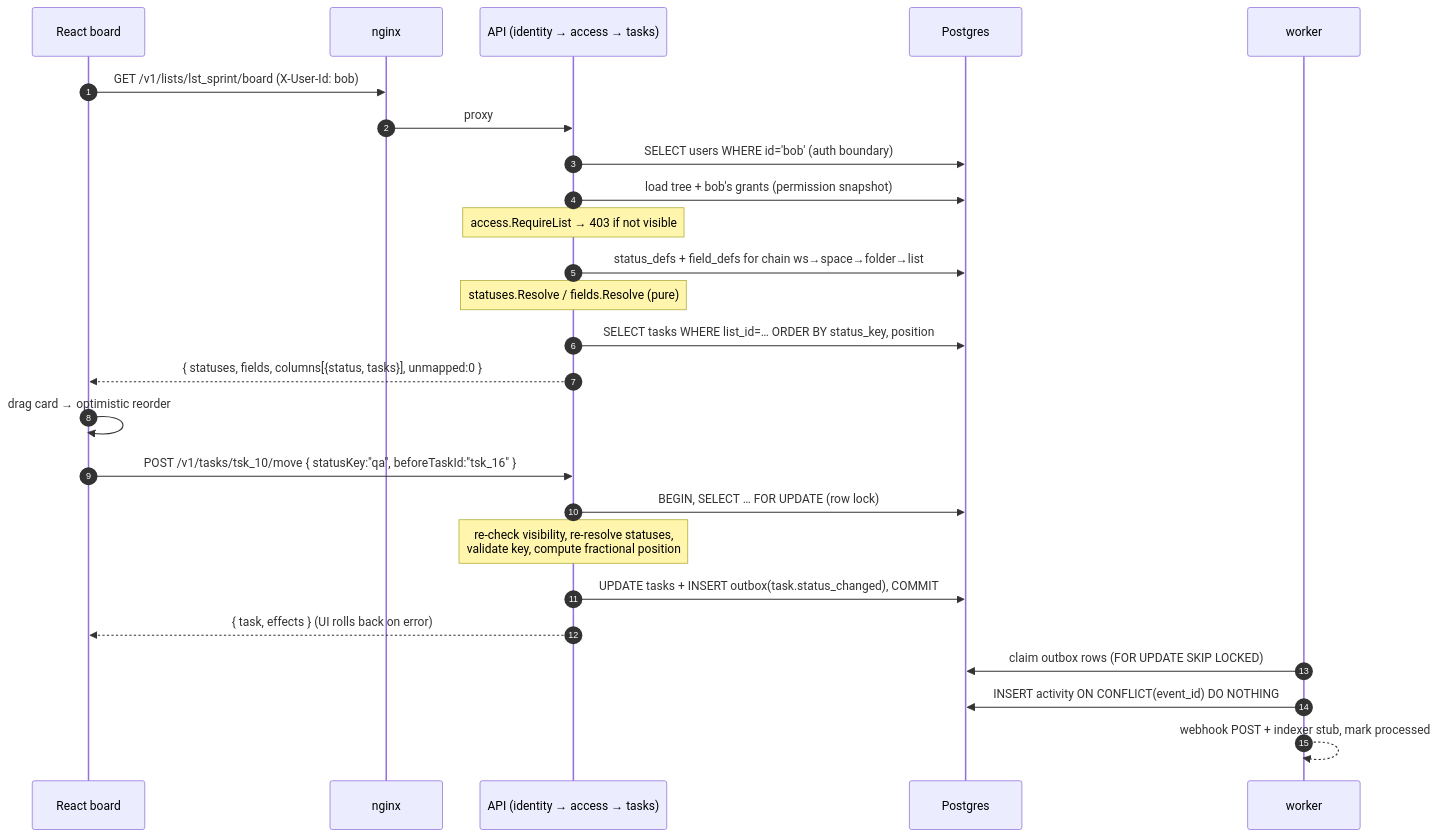
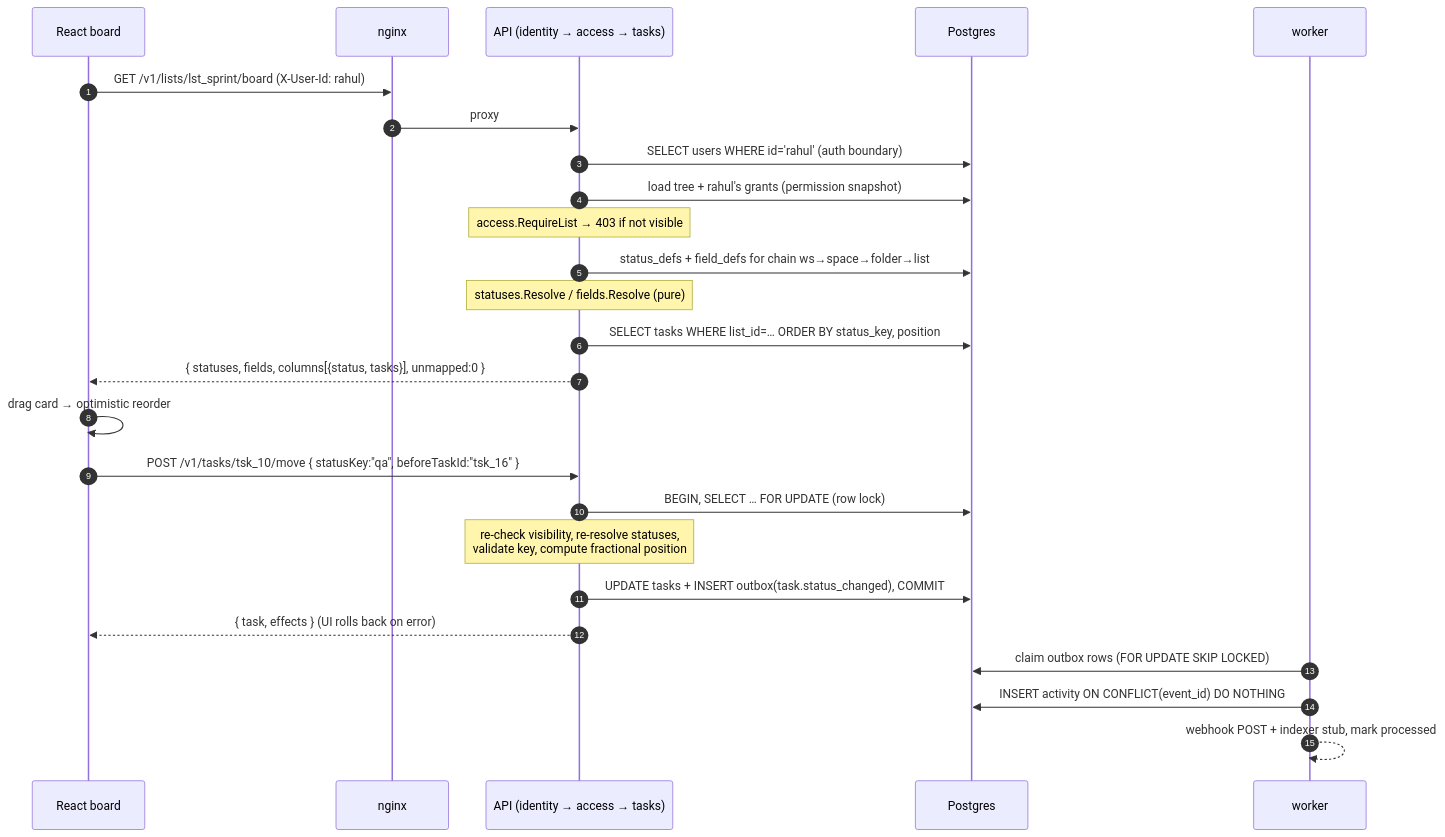
The second of 4 diagrams in README.md (VivekBisht2103/flowboard), drawn with Mermaid before and after one commit. The commit also changed other lines of this file and 19 other files, not shown here.

First line of the commit message:
Professional UI theme; Indian demo users (Priya, Rahul, Ananya)

````diff
--- a/README.md
+++ b/README.md
@@ -105,29 +105,29 @@
 ```mermaid
 sequenceDiagram
   autonumber
   participant UI as React board
   participant GW as nginx
   participant API as API (identity → access → tasks)
   participant DB as Postgres
   participant WK as worker
 
-  UI->>GW: GET /v1/lists/lst_sprint/board  (X-User-Id: bob)
+  UI->>GW: GET /v1/lists/lst_sprint/board  (X-User-Id: rahul)
   GW->>API: proxy
-  API->>DB: SELECT users WHERE id='bob'   (auth boundary)
-  API->>DB: load tree + bob's grants      (permission snapshot)
+  API->>DB: SELECT users WHERE id='rahul'   (auth boundary)
+  API->>DB: load tree + rahul's grants      (permission snapshot)
   Note over API: access.RequireList → 403 if not visible
   API->>DB: status_defs + field_defs for chain ws→space→folder→list
   Note over API: statuses.Resolve / fields.Resolve (pure)
   API->>DB: SELECT tasks WHERE list_id=… ORDER BY status_key, position
   API-->>UI: { statuses, fields, columns[{status, tasks}], unmapped:0 }
 
   UI->>UI: drag card → optimistic reorder
   UI->>API: POST /v1/tasks/tsk_10/move { statusKey:"qa", beforeTaskId:"tsk_16" }
   API->>DB: BEGIN, SELECT … FOR UPDATE (row lock)
   Note over API: re-check visibility, re-resolve statuses,<br/>validate key, compute fractional position
   API->>DB: UPDATE tasks + INSERT outbox(task.status_changed), COMMIT
   API-->>UI: { task, effects } (UI rolls back on error)
   WK->>DB: claim outbox rows (FOR UPDATE SKIP LOCKED)
   WK->>DB: INSERT activity ON CONFLICT(event_id) DO NOTHING
   WK-->>WK: webhook POST + indexer stub, mark processed
 ```
````
